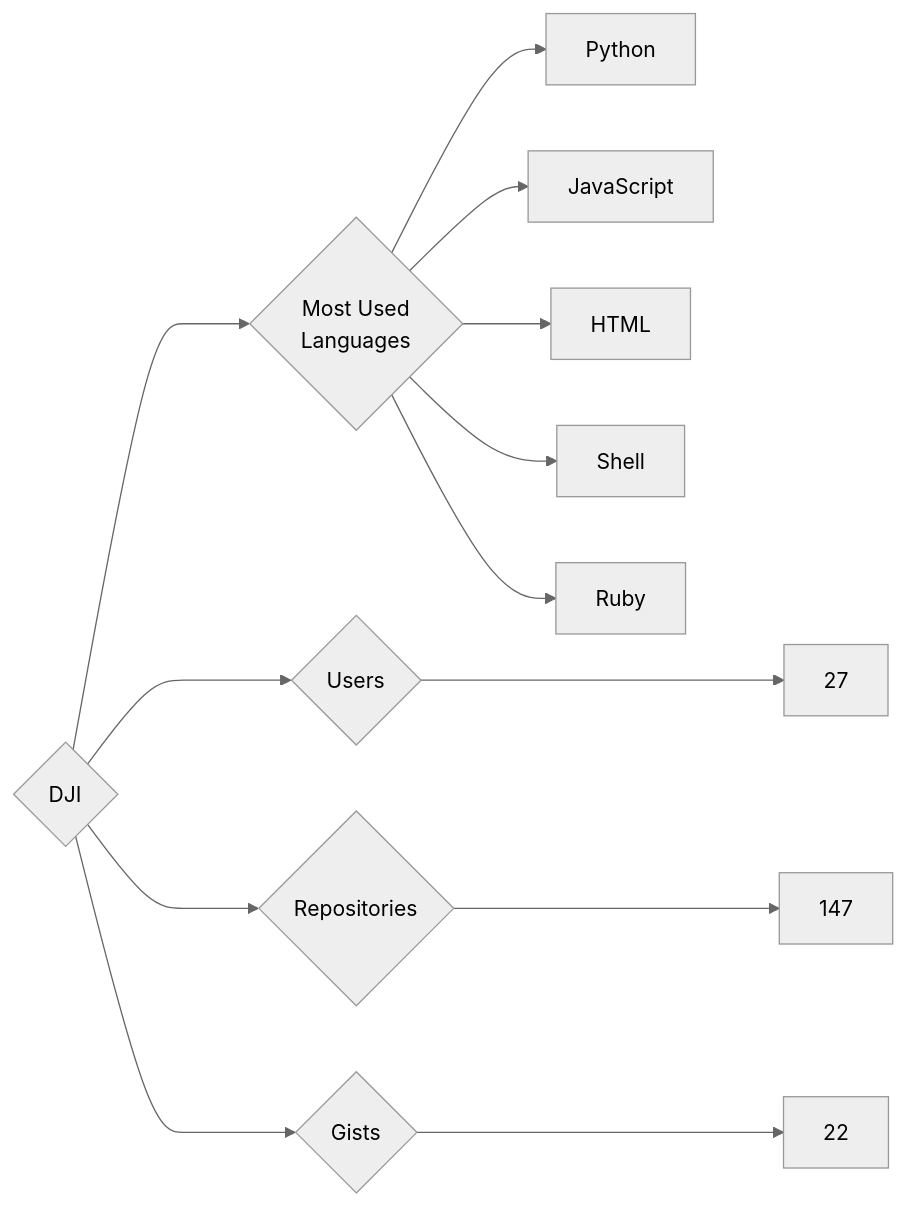
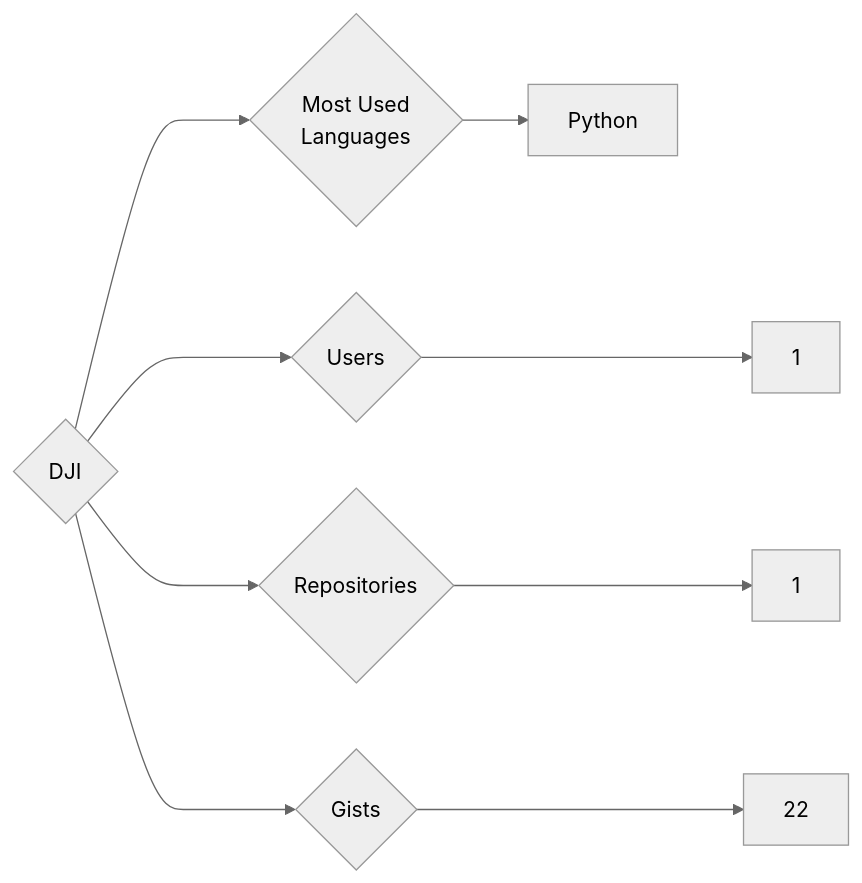
The diagram in targets/DJI/README.md (trickest/insiders), drawn with Mermaid (neutral theme) before and after one commit. The commit also changed 899 other files, not shown here.

````diff
--- a/targets/DJI/README.md
+++ b/targets/DJI/README.md
@@ -3,13 +3,9 @@
 ```mermaid
 graph LR
 COMPANY_NAME{DJI}
-COMPANY_NAME ---> U{Users} ---> UN[27]
-COMPANY_NAME ---> R{Repositories} ---> RN[147]
+COMPANY_NAME ---> U{Users} ---> UN[1]
+COMPANY_NAME ---> R{Repositories} ---> RN[1]
 COMPANY_NAME ---> G{Gists} ---> GN[22]
 COMPANY_NAME ---> ML{Most Used<br>Languages}
 ML --> Python[Python]
-ML --> JavaScript[JavaScript]
-ML --> HTML[HTML]
-ML --> Shell[Shell]
-ML --> Ruby[Ruby]
 ```
````
